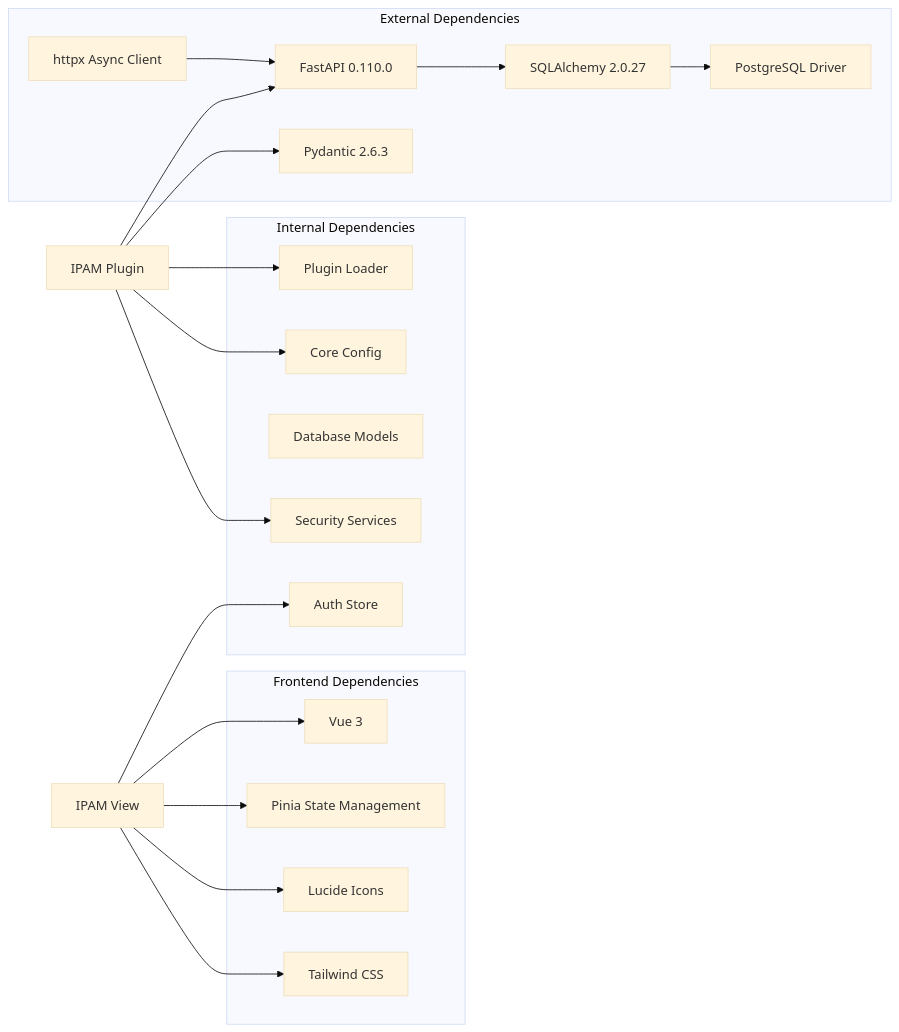
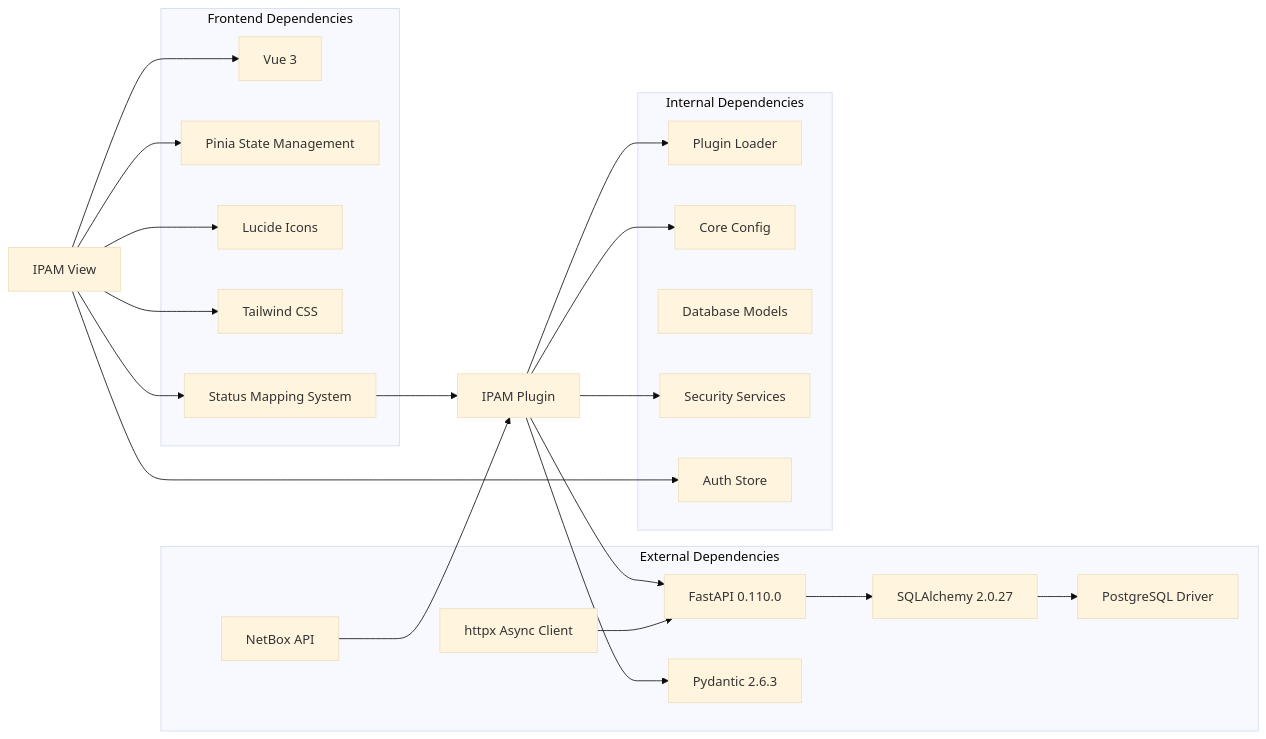
The ninth of 9 diagrams in .qoder/repowiki/en/content/Built-in Plugins/IPAM Plugin.md (Nikita5543/New-SSO-02), drawn with Mermaid (base theme) before and after one commit. The commit also changed other lines of this file and 2 other files, not shown here.

Commit message:
commit-ipam-dev-0.6

````diff
--- a/.qoder/repowiki/en/content/Built-in Plugins/IPAM Plugin.md
+++ b/.qoder/repowiki/en/content/Built-in Plugins/IPAM Plugin.md
@@ -357,36 +409,41 @@
 ```mermaid
 graph LR
 subgraph "External Dependencies"
 A[FastAPI 0.110.0]
 B[Pydantic 2.6.3]
 C[SQLAlchemy 2.0.27]
 D[PostgreSQL Driver]
 E[httpx Async Client]
+F[NetBox API]
 end
 subgraph "Internal Dependencies"
-F[Plugin Loader]
-G[Core Config]
-H[Database Models]
-I[Security Services]
-J[Auth Store]
+G[Plugin Loader]
+H[Core Config]
+I[Database Models]
+J[Security Services]
+K[Auth Store]
 end
 subgraph "Frontend Dependencies"
-K[Vue 3]
-L[Pinia State Management]
-M[Lucide Icons]
-N[Tailwind CSS]
+L[Vue 3]
+M[Pinia State Management]
+N[Lucide Icons]
+O[Tailwind CSS]
+P[Status Mapping System]
 end
-O[IPAM Plugin] --> A
-O --> B
-O --> F
-O --> G
-O --> I
-P[IPAM View] --> J
-P --> K
-P --> L
-P --> M
-P --> N
+Q[IPAM Plugin] --> A
+Q --> B
+Q --> G
+Q --> H
+Q --> J
+R[IPAM View] --> K
+R --> L
+R --> M
+R --> N
+R --> O
+R --> P
 A --> C
 C --> D
 E --> A
+F --> Q
+P --> Q
 ```
````
